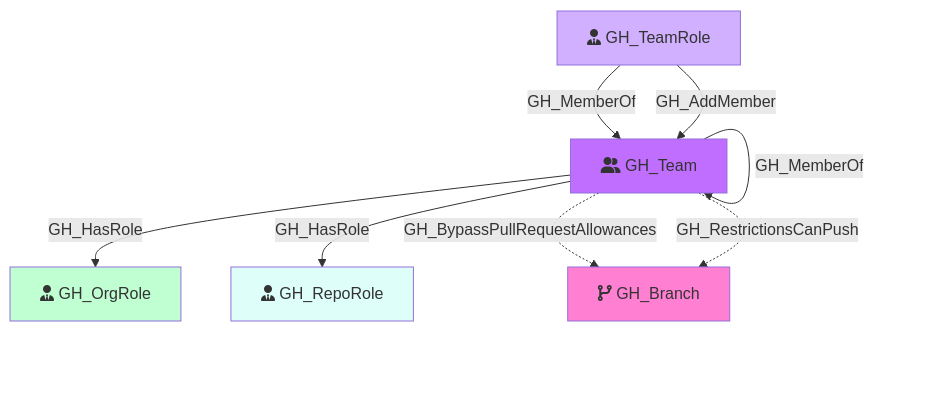
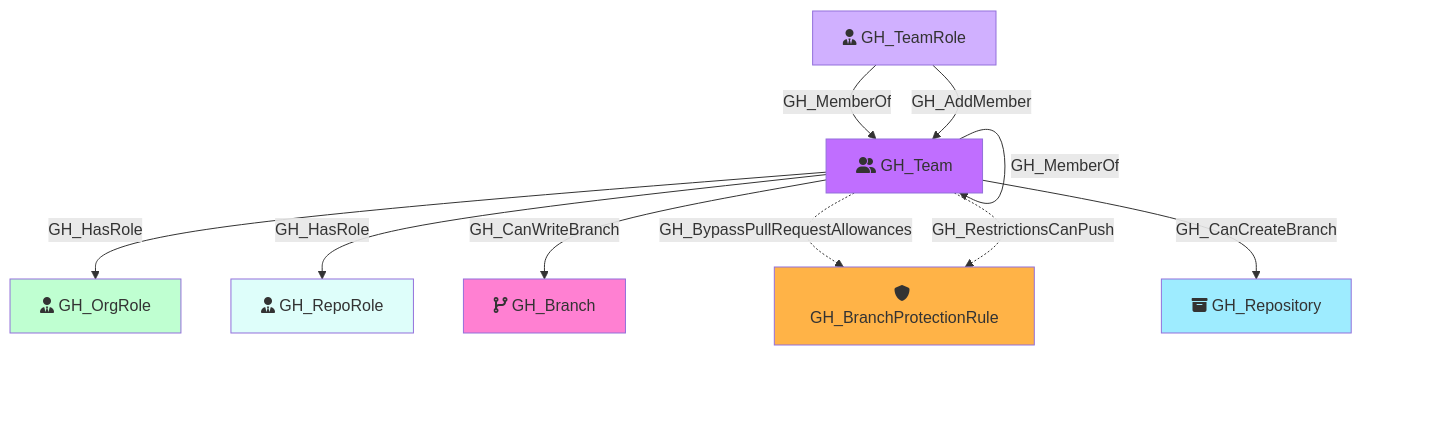
The diagram in Documentation/Nodes/GH_Team.md (SpecterOps/GitHound), drawn with Mermaid before and after one commit. The commit also changed other lines of this file and 7 other files, not shown here.

Commit message:
Fixed composition edges for each of the computed branch protection bypasses.

````diff
--- a/Documentation/Nodes/GH_Team.md
+++ b/Documentation/Nodes/GH_Team.md
@@ -43,22 +45,28 @@
 ```mermaid
 flowchart TD
     GH_Team[fa:fa-user-group GH_Team]
     GH_OrgRole[fa:fa-user-tie GH_OrgRole]
     GH_RepoRole[fa:fa-user-tie GH_RepoRole]
     GH_TeamRole[fa:fa-user-tie GH_TeamRole]
     GH_Branch[fa:fa-code-branch GH_Branch]
+    GH_BranchProtectionRule[fa:fa-shield GH_BranchProtectionRule]
+    GH_Repository[fa:fa-box-archive GH_Repository]
 
     style GH_Team fill:#C06EFF
     style GH_OrgRole fill:#BFFFD1
     style GH_RepoRole fill:#DEFEFA
     style GH_TeamRole fill:#D0B0FF
     style GH_Branch fill:#FF80D2
+    style GH_BranchProtectionRule fill:#FFB347
+    style GH_Repository fill:#9EECFF
 
     GH_Team -->|GH_MemberOf| GH_Team
     GH_Team -->|GH_HasRole| GH_OrgRole
     GH_Team -->|GH_HasRole| GH_RepoRole
-    GH_Team -.->|GH_BypassPullRequestAllowances| GH_Branch
-    GH_Team -.->|GH_RestrictionsCanPush| GH_Branch
+    GH_Team -.->|GH_BypassPullRequestAllowances| GH_BranchProtectionRule
+    GH_Team -.->|GH_RestrictionsCanPush| GH_BranchProtectionRule
+    GH_Team -->|GH_CanWriteBranch| GH_Branch
+    GH_Team -->|GH_CanCreateBranch| GH_Repository
     GH_TeamRole -->|GH_MemberOf| GH_Team
     GH_TeamRole -->|GH_AddMember| GH_Team
 ```
````
